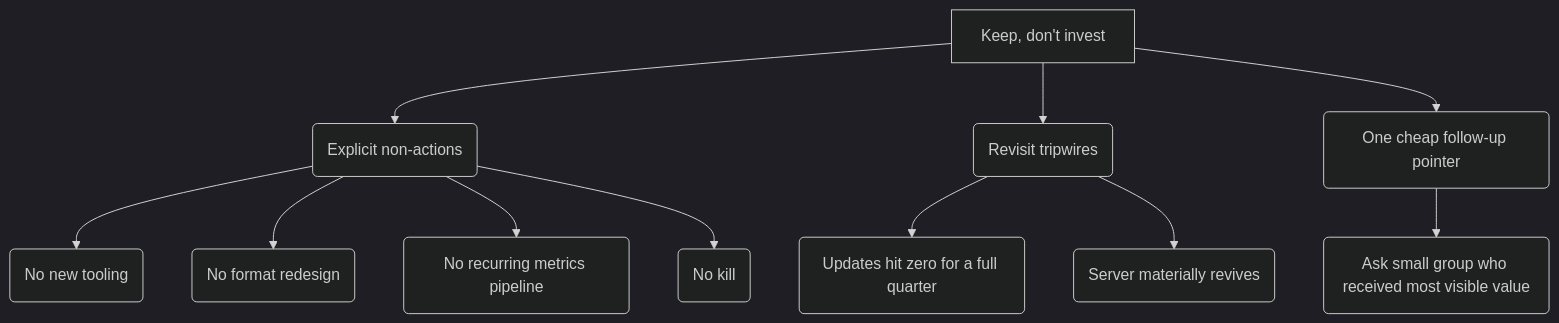
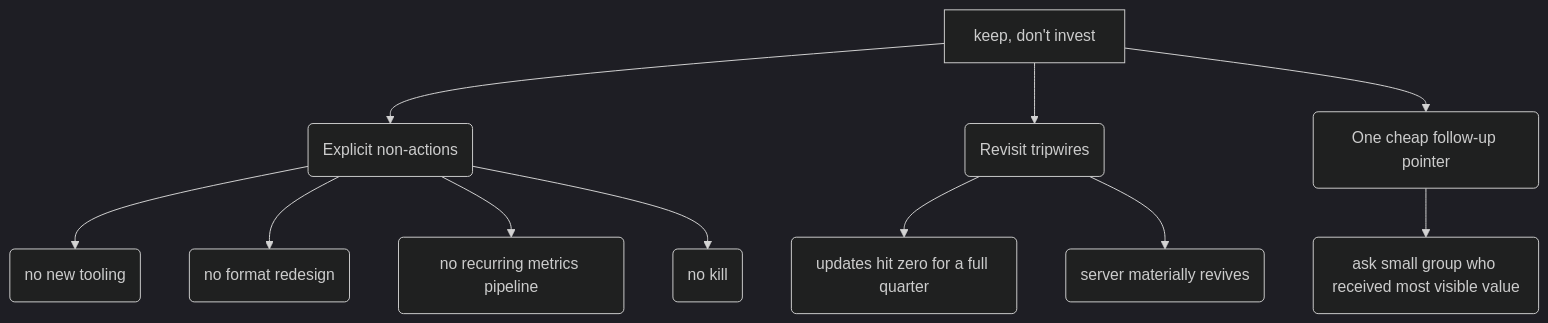
One commit to will-ness-ai/say-that-again changed the diagram in docs/prototypes/run-02/out/google-gemini-2.5-flash-lite.plain/S4.diagrams.md. Above: the diagram before and after it, drawn with Mermaid (dark theme). The commit also changed other lines of this file and 99 other files, not shown here.

````diff
--- a/docs/prototypes/run-02/out/google-gemini-2.5-flash-lite.plain/S4.diagrams.md
+++ b/docs/prototypes/run-02/out/google-gemini-2.5-flash-lite.plain/S4.diagrams.md
@@ -3,13 +3,13 @@
 ```mermaid
 graph TD
-    A[Keep, don't invest] --> B(Explicit non-actions);
+    A["keep, don't invest"] --> B(Explicit non-actions);
     A --> C(Revisit tripwires);
     A --> D(One cheap follow-up pointer);
-    B --> B1(No new tooling);
-    B --> B2(No format redesign);
-    B --> B3(No recurring metrics pipeline);
-    B --> B4(No kill);
-    C --> C1(Updates hit zero for a full quarter);
-    C --> C2(Server materially revives);
-    D --> D1(Ask small group who received most visible value);
+    B --> B1("no new tooling");
+    B --> B2("no format redesign");
+    B --> B3("no recurring metrics pipeline");
+    B --> B4("no kill");
+    C --> C1("updates hit zero for a full quarter");
+    C --> C2("server materially revives");
+    D --> D1("ask small group who received most visible value");
 ```
````
